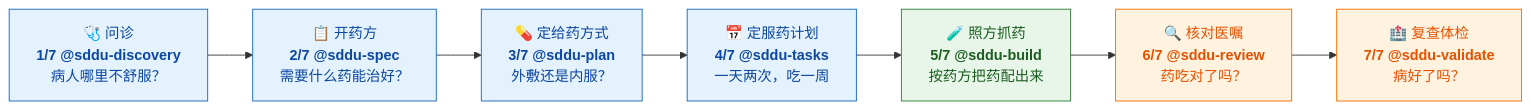
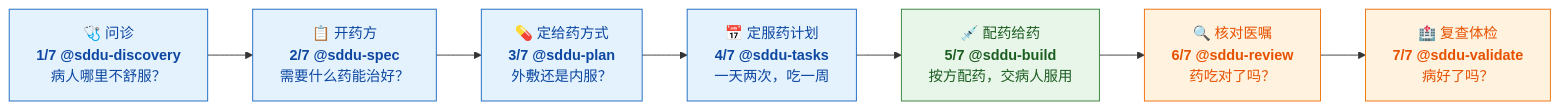
The first of 2 diagrams in README.md (THZSummer/sddu), drawn with Mermaid before and after one commit. The commit also changed other lines of this file, not shown here.

Commit message:
docs: build 类比从「照方抓药」改为「配药给药」，闭合诊疗链条
- 原「照方抓药」停在制造端，validate「病好了吗」缺逻辑前提（药没到病人手里）
- 改为「按方配药，交病人服用」：保住生产+自检语义（配药核对=测试先行），
  同时闭合链条——review 核对「吃对没」、validate 复查「好没」全部自洽
- 同步设计原则「医生不替药师抓药」→「配药」

````diff
--- a/README.md
+++ b/README.md
@@ -32,16 +32,16 @@
 ```mermaid
 flowchart LR
     A["🩺 问诊<br/><b>1/7 @sddu-discovery</b><br/>病人哪里不舒服？"] --> B["📋 开药方<br/><b>2/7 @sddu-spec</b><br/>需要什么药能治好？"]
     B --> C["💊 定给药方式<br/><b>3/7 @sddu-plan</b><br/>外敷还是内服？"]
     C --> D["📅 定服药计划<br/><b>4/7 @sddu-tasks</b><br/>一天两次，吃一周"]
-    D --> E["🧪 照方抓药<br/><b>5/7 @sddu-build</b><br/>按药方把药配出来"]
+    D --> E["💉 配药给药<br/><b>5/7 @sddu-build</b><br/>按方配药，交病人服用"]
     E --> F["🔍 核对医嘱<br/><b>6/7 @sddu-review</b><br/>药吃对了吗？"]
     F --> G["🏥 复查体检<br/><b>7/7 @sddu-validate</b><br/>病好了吗？"]
 
     classDef plan fill:#e3f2fd,stroke:#1565c0,color:#0d47a1
     classDef build fill:#e8f5e9,stroke:#2e7d32,color:#1b5e20
     classDef check fill:#fff3e0,stroke:#ef6c00,color:#e65100
     class A,B,C,D plan
     class E build
     class F,G check
 ```
````
